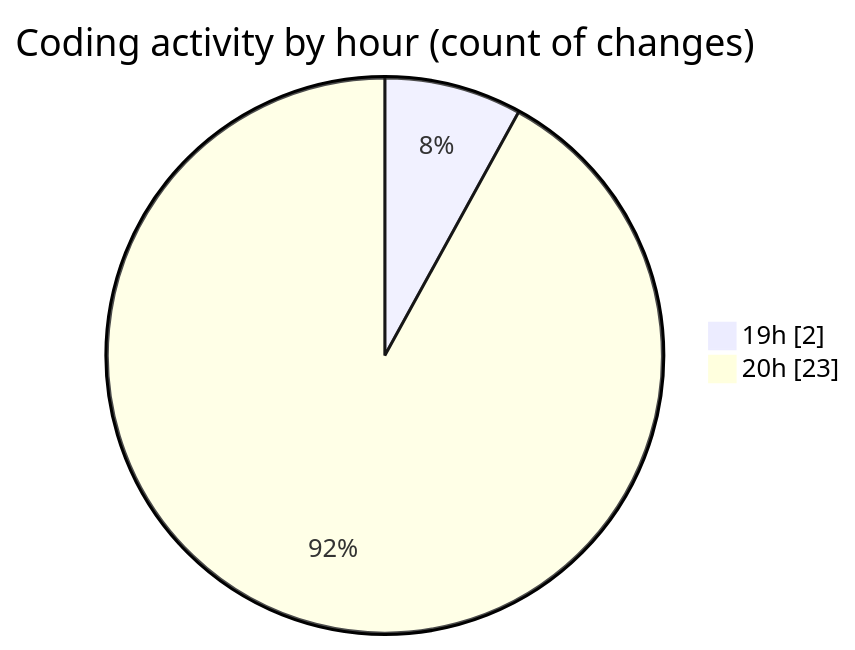
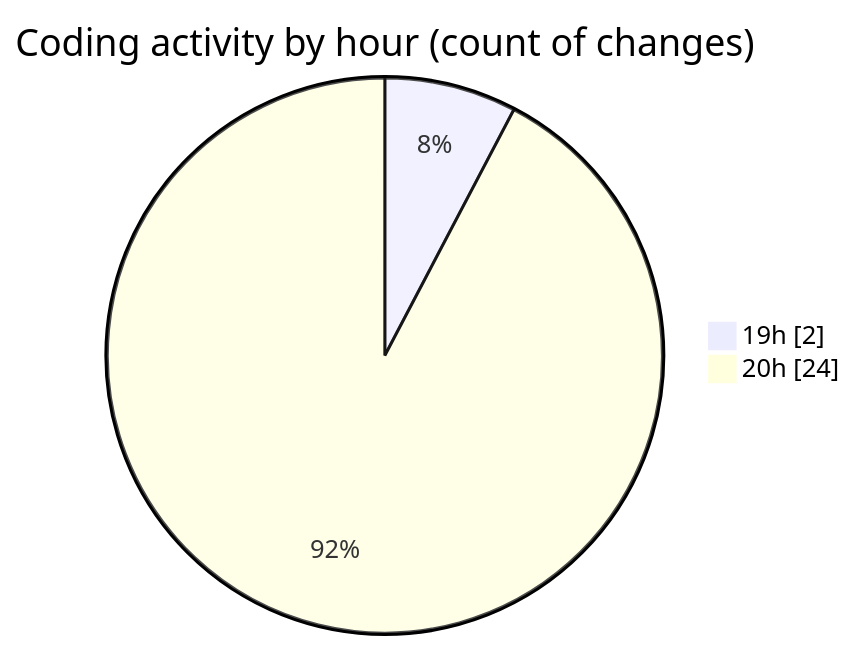
Before and after one commit to idhammustaqopulfikri/code-tracking: the second of 2 diagrams in 2025-04-13/autodidak/README.md, drawn with Mermaid. The commit also changed other lines of this file and 1 other file, not shown here.

````diff
--- a/2025-04-13/autodidak/README.md
+++ b/2025-04-13/autodidak/README.md
@@ -36,6 +36,6 @@
 ```mermaid
 pie showData
 title Coding activity by hour (count of changes)
 "19h" : 2
-"20h" : 23
+"20h" : 24
 ```
````
